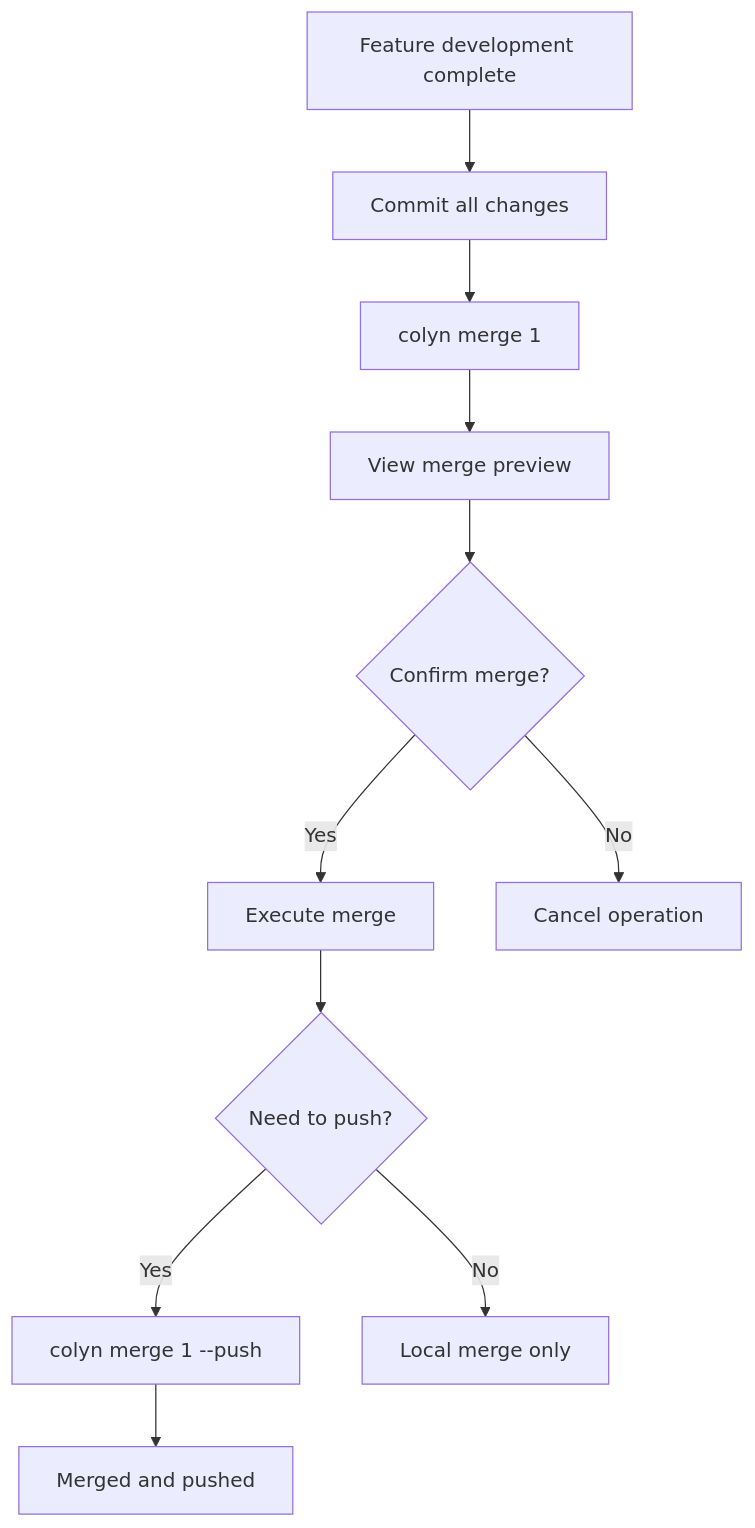
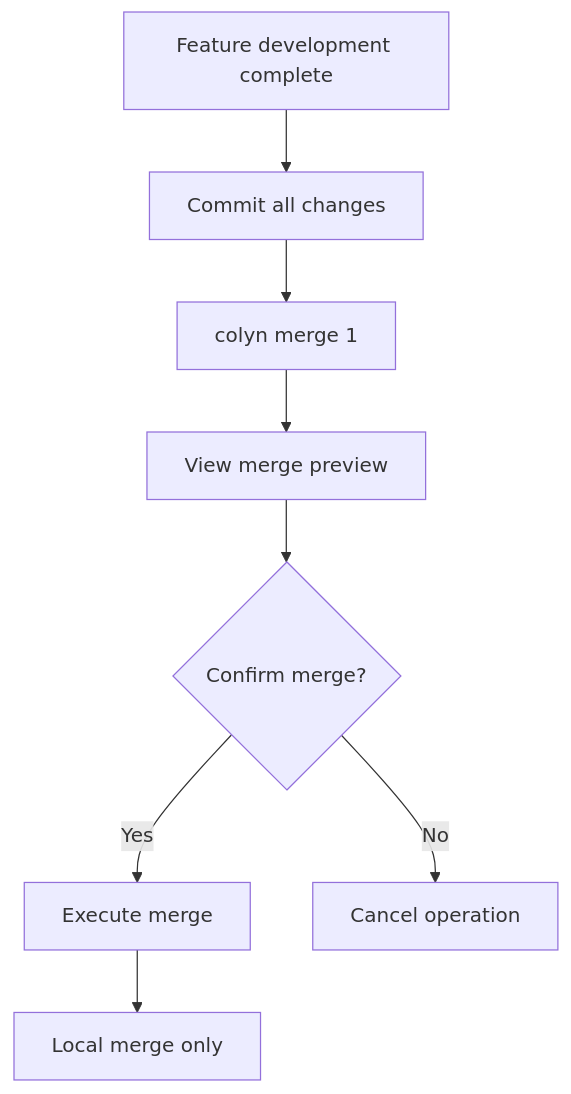
One commit to colin-han/colyn changed the third of 5 diagrams in docs/en/develop/requirement/requirement.md. Above: the diagram before and after it, drawn with Mermaid. The commit also changed other lines of this file and 39 other files, not shown here.

````diff
--- a/docs/en/develop/requirement/requirement.md
+++ b/docs/en/develop/requirement/requirement.md
@@ -199,13 +199,10 @@
 ```mermaid
 graph TD
     A[Feature development complete] --> B[Commit all changes]
     B --> C[colyn merge 1]
     C --> D[View merge preview]
     D --> E{Confirm merge?}
     E -->|Yes| F[Execute merge]
     E -->|No| G[Cancel operation]
-    F --> H{Need to push?}
-    H -->|Yes| I[colyn merge 1 --push]
-    H -->|No| J[Local merge only]
-    I --> K[Merged and pushed]
+    F --> J[Local merge only]
 ```
````
